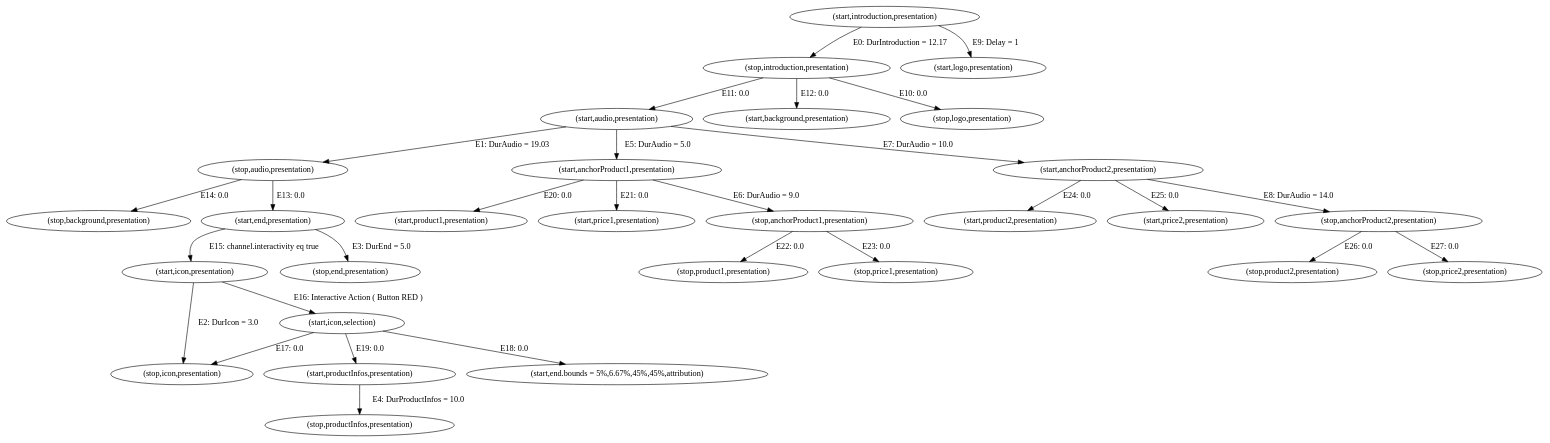
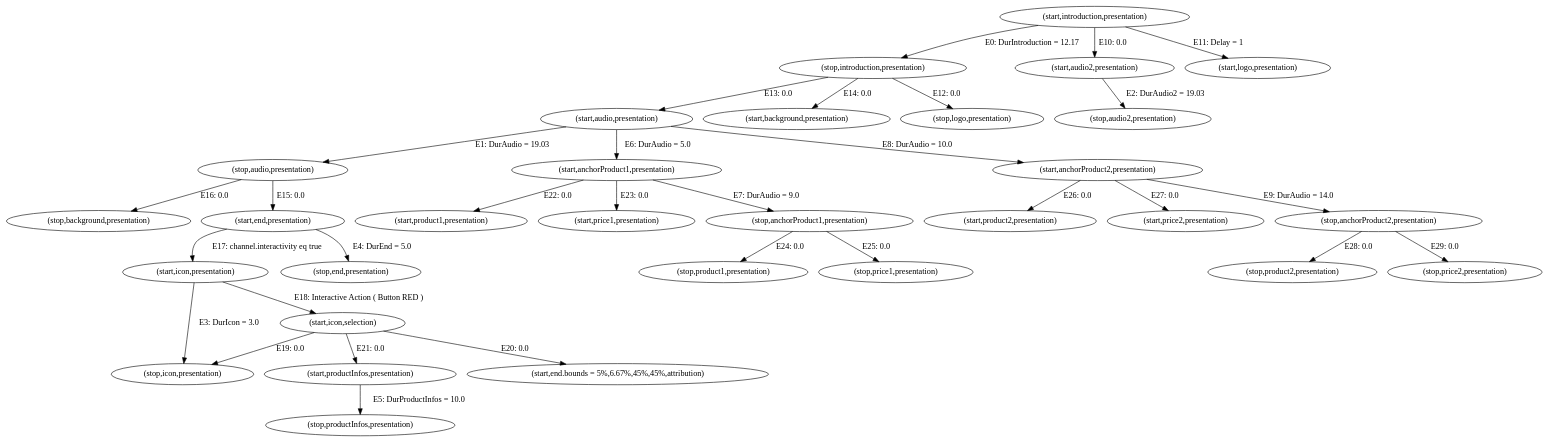
Before and after one commit to dougpmattos/steve: the diagram in htg.dot, drawn with Graphviz. The commit also changed 126 other files, not shown here.

```diff
--- a/htg.dot
+++ b/htg.dot
@@ -1,58 +1,62 @@
 digraph G {
   "(start,introduction,presentation)";
   "(stop,introduction,presentation)";
   "(start,audio,presentation)";
   "(stop,audio,presentation)";
+  "(start,audio2,presentation)";
+  "(stop,audio2,presentation)";
   "(start,background,presentation)";
   "(stop,background,presentation)";
   "(start,icon,presentation)";
   "(stop,icon,presentation)";
   "(start,logo,presentation)";
   "(stop,logo,presentation)";
   "(start,end,presentation)";
   "(stop,end,presentation)";
   "(start,productInfos,presentation)";
   "(stop,productInfos,presentation)";
   "(start,product1,presentation)";
   "(stop,product1,presentation)";
   "(start,price1,presentation)";
   "(stop,price1,presentation)";
   "(start,product2,presentation)";
   "(stop,product2,presentation)";
   "(start,price2,presentation)";
   "(stop,price2,presentation)";
   "(start,anchorProduct1,presentation)";
   "(stop,anchorProduct1,presentation)";
   "(start,anchorProduct2,presentation)";
   "(stop,anchorProduct2,presentation)";
   "(start,icon,selection)";
   "(start,end.bounds = 5%,6.67%,45%,45%,attribution)";
   "(start,introduction,presentation)" -> "(stop,introduction,presentation)" [ label="E0: DurIntroduction = 12.17" ];
   "(start,audio,presentation)" -> "(stop,audio,presentation)" [ label="E1: DurAudio = 19.03" ];
-  "(start,icon,presentation)" -> "(stop,icon,presentation)" [ label="E2: DurIcon = 3.0" ];
-  "(start,end,presentation)" -> "(stop,end,presentation)" [ label="E3: DurEnd = 5.0" ];
-  "(start,productInfos,presentation)" -> "(stop,productInfos,presentation)" [ label="E4: DurProductInfos = 10.0" ];
-  "(start,audio,presentation)" -> "(start,anchorProduct1,presentation)" [ label="E5: DurAudio = 5.0" ];
-  "(start,anchorProduct1,presentation)" -> "(stop,anchorProduct1,presentation)" [ label="E6: DurAudio = 9.0" ];
-  "(start,audio,presentation)" -> "(start,anchorProduct2,presentation)" [ label="E7: DurAudio = 10.0" ];
-  "(start,anchorProduct2,presentation)" -> "(stop,anchorProduct2,presentation)" [ label="E8: DurAudio = 14.0" ];
-  "(start,introduction,presentation)" -> "(start,logo,presentation)" [ label="E9: Delay = 1" ];
-  "(stop,introduction,presentation)" -> "(stop,logo,presentation)" [ label="E10: 0.0" ];
-  "(stop,introduction,presentation)" -> "(start,audio,presentation)" [ label="E11: 0.0" ];
-  "(stop,introduction,presentation)" -> "(start,background,presentation)" [ label="E12: 0.0" ];
-  "(stop,audio,presentation)" -> "(start,end,presentation)" [ label="E13: 0.0" ];
-  "(stop,audio,presentation)" -> "(stop,background,presentation)" [ label="E14: 0.0" ];
-  "(start,end,presentation)" -> "(start,icon,presentation)" [ label="E15: channel.interactivity eq true" ];
-  "(start,icon,presentation)" -> "(start,icon,selection)" [ label="E16: Interactive Action ( Button RED )" ];
-  "(start,icon,selection)" -> "(stop,icon,presentation)" [ label="E17: 0.0" ];
-  "(start,icon,selection)" -> "(start,end.bounds = 5%,6.67%,45%,45%,attribution)" [ label="E18: 0.0" ];
-  "(start,icon,selection)" -> "(start,productInfos,presentation)" [ label="E19: 0.0" ];
-  "(start,anchorProduct1,presentation)" -> "(start,product1,presentation)" [ label="E20: 0.0" ];
-  "(start,anchorProduct1,presentation)" -> "(start,price1,presentation)" [ label="E21: 0.0" ];
-  "(stop,anchorProduct1,presentation)" -> "(stop,product1,presentation)" [ label="E22: 0.0" ];
-  "(stop,anchorProduct1,presentation)" -> "(stop,price1,presentation)" [ label="E23: 0.0" ];
-  "(start,anchorProduct2,presentation)" -> "(start,product2,presentation)" [ label="E24: 0.0" ];
-  "(start,anchorProduct2,presentation)" -> "(start,price2,presentation)" [ label="E25: 0.0" ];
-  "(stop,anchorProduct2,presentation)" -> "(stop,product2,presentation)" [ label="E26: 0.0" ];
-  "(stop,anchorProduct2,presentation)" -> "(stop,price2,presentation)" [ label="E27: 0.0" ];
+  "(start,audio2,presentation)" -> "(stop,audio2,presentation)" [ label="E2: DurAudio2 = 19.03" ];
+  "(start,icon,presentation)" -> "(stop,icon,presentation)" [ label="E3: DurIcon = 3.0" ];
+  "(start,end,presentation)" -> "(stop,end,presentation)" [ label="E4: DurEnd = 5.0" ];
+  "(start,productInfos,presentation)" -> "(stop,productInfos,presentation)" [ label="E5: DurProductInfos = 10.0" ];
+  "(start,audio,presentation)" -> "(start,anchorProduct1,presentation)" [ label="E6: DurAudio = 5.0" ];
+  "(start,anchorProduct1,presentation)" -> "(stop,anchorProduct1,presentation)" [ label="E7: DurAudio = 9.0" ];
+  "(start,audio,presentation)" -> "(start,anchorProduct2,presentation)" [ label="E8: DurAudio = 10.0" ];
+  "(start,anchorProduct2,presentation)" -> "(stop,anchorProduct2,presentation)" [ label="E9: DurAudio = 14.0" ];
+  "(start,introduction,presentation)" -> "(start,audio2,presentation)" [ label="E10: 0.0" ];
+  "(start,introduction,presentation)" -> "(start,logo,presentation)" [ label="E11: Delay = 1" ];
+  "(stop,introduction,presentation)" -> "(stop,logo,presentation)" [ label="E12: 0.0" ];
+  "(stop,introduction,presentation)" -> "(start,audio,presentation)" [ label="E13: 0.0" ];
+  "(stop,introduction,presentation)" -> "(start,background,presentation)" [ label="E14: 0.0" ];
+  "(stop,audio,presentation)" -> "(start,end,presentation)" [ label="E15: 0.0" ];
+  "(stop,audio,presentation)" -> "(stop,background,presentation)" [ label="E16: 0.0" ];
+  "(start,end,presentation)" -> "(start,icon,presentation)" [ label="E17: channel.interactivity eq true" ];
+  "(start,icon,presentation)" -> "(start,icon,selection)" [ label="E18: Interactive Action ( Button RED )" ];
+  "(start,icon,selection)" -> "(stop,icon,presentation)" [ label="E19: 0.0" ];
+  "(start,icon,selection)" -> "(start,end.bounds = 5%,6.67%,45%,45%,attribution)" [ label="E20: 0.0" ];
+  "(start,icon,selection)" -> "(start,productInfos,presentation)" [ label="E21: 0.0" ];
+  "(start,anchorProduct1,presentation)" -> "(start,product1,presentation)" [ label="E22: 0.0" ];
+  "(start,anchorProduct1,presentation)" -> "(start,price1,presentation)" [ label="E23: 0.0" ];
+  "(stop,anchorProduct1,presentation)" -> "(stop,product1,presentation)" [ label="E24: 0.0" ];
+  "(stop,anchorProduct1,presentation)" -> "(stop,price1,presentation)" [ label="E25: 0.0" ];
+  "(start,anchorProduct2,presentation)" -> "(start,product2,presentation)" [ label="E26: 0.0" ];
+  "(start,anchorProduct2,presentation)" -> "(start,price2,presentation)" [ label="E27: 0.0" ];
+  "(stop,anchorProduct2,presentation)" -> "(stop,product2,presentation)" [ label="E28: 0.0" ];
+  "(stop,anchorProduct2,presentation)" -> "(stop,price2,presentation)" [ label="E29: 0.0" ];
 }
```
